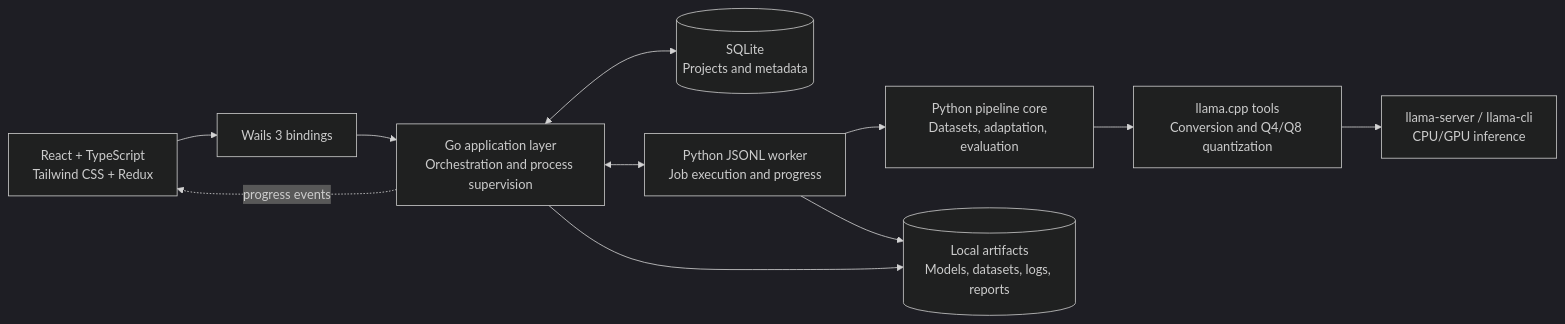
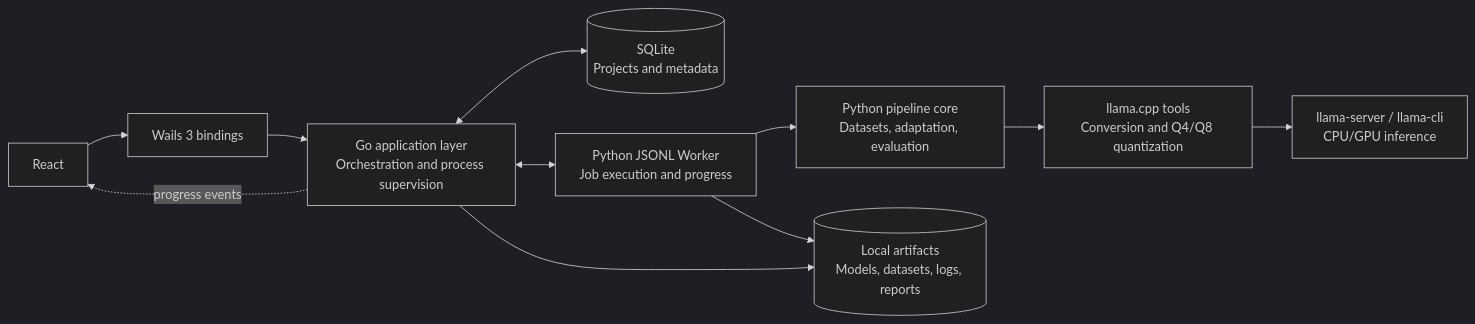
Before and after one commit to Logic-gate-sys/capstone-thesis: the first of 2 diagrams in README.md, drawn with Mermaid (dark theme). The commit also changed 25 other files, not shown here.

````diff
--- a/README.md
+++ b/README.md
@@ -59,23 +59,23 @@
 ```mermaid
 flowchart LR
-    UI[React + TypeScript<br/>Tailwind CSS + Redux]
+    UI[React]
     WAILS[Wails 3 bindings]
     GO[Go application layer<br/>Orchestration and process supervision]
     DB[(SQLite<br/>Projects and metadata)]
-    WORKER[Python JSONL worker<br/>Job execution and progress]
+    WORKER[Python JSONL Worker<br/>Job execution and progress]
     ML[Python pipeline core<br/>Datasets, adaptation, evaluation]
     CONVERT[llama.cpp tools<br/>Conversion and Q4/Q8 quantization]
     RUNTIME[llama-server / llama-cli<br/>CPU/GPU inference]
     FS[(Local artifacts<br/>Models, datasets, logs, reports)]
 
     UI --> WAILS
     WAILS --> GO
     GO <--> DB
     GO <--> WORKER
     WORKER --> ML
     ML --> CONVERT
     CONVERT --> RUNTIME
     GO --> FS
     WORKER --> FS
     GO -. progress events .-> UI
 ```
````
